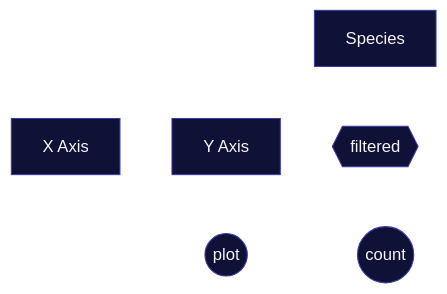
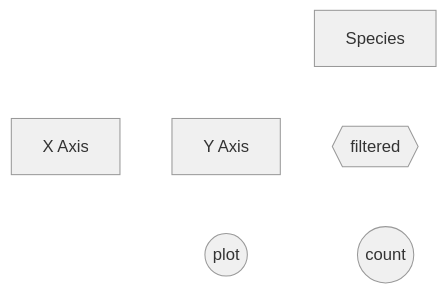
One commit to chendaniely/scipy-2026-shiny changed the first of 8 diagrams in website/slides/04-reactivity.qmd. Above: the diagram before and after it, drawn with Mermaid. The commit also changed other lines of this file and 6 other files, not shown here.

````diff
--- a/website/slides/04-reactivity.qmd
+++ b/website/slides/04-reactivity.qmd
@@ -51,14 +51,14 @@
 ```{mermaid}
 %%| fig-width: 4
 flowchart TD
   Sp[Species] --> Fi{{filtered}}
   X[X Axis] --> Pl((plot))
   Y[Y Axis] --> Pl
   Fi --> Pl
   Fi --> Co((count))
 
-  classDef default fill:#101136,color:#F5F5F5,stroke:#3B3EA9
-  classDef active fill:#25C8EB,color:#090A28,font-weight:bold
-  classDef invalid fill:#D47454,color:#FFFFFF,font-weight:bold
+  classDef default fill:#f0f0f0,color:#333333,stroke:#999999
+  classDef active fill:#1976D2,color:#FFFFFF,font-weight:bold
+  classDef invalid fill:#D32F2F,color:#FFFFFF,font-weight:bold
   linkStyle 0,1,2,3,4 display:none
 ```
````
